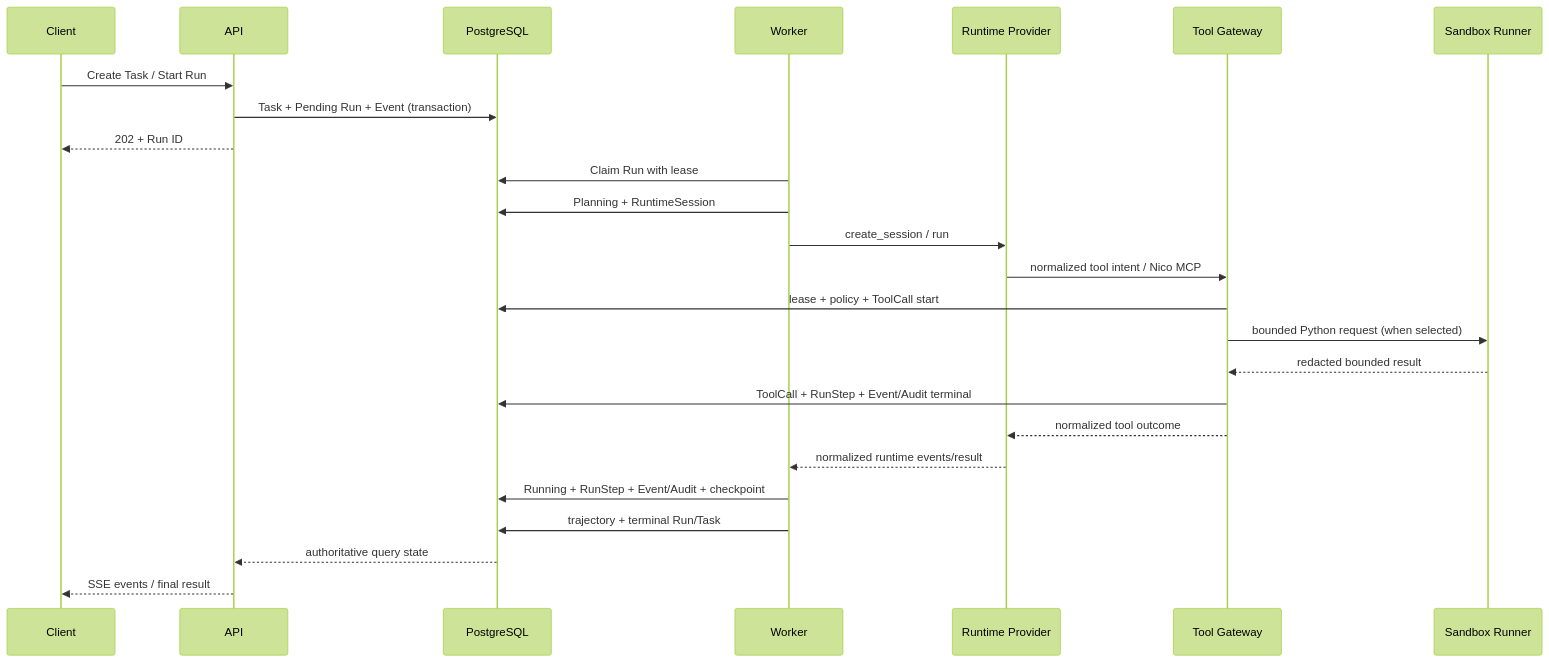
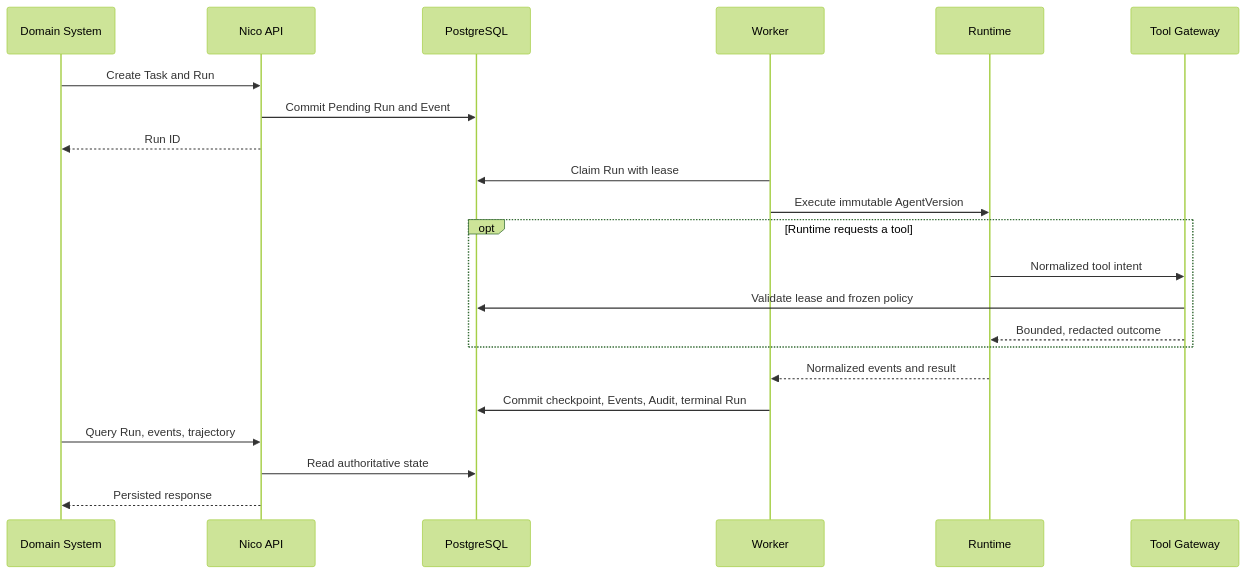
One commit to Phlosy/Nico-agent changed the second of 2 diagrams in docs/architecture.md. Above: the diagram before and after it, drawn with Mermaid (forest theme). The commit also changed other lines of this file and 817 other files, not shown here.

````diff
--- a/docs/architecture.md
+++ b/docs/architecture.md
@@ -80,28 +50,25 @@
 ```mermaid
 sequenceDiagram
-    participant C as Client
-    participant A as API
-    participant D as PostgreSQL
+    participant D as Domain System
+    participant A as Nico API
+    participant P as PostgreSQL
     participant W as Worker
-    participant R as Runtime Provider
+    participant R as Runtime
     participant G as Tool Gateway
-    participant S as Sandbox Runner
 
-    C->>A: Create Task / Start Run
-    A->>D: Task + Pending Run + Event (transaction)
-    A-->>C: 202 + Run ID
-    W->>D: Claim Run with lease
-    W->>D: Planning + RuntimeSession
-    W->>R: create_session / run
-    R->>G: normalized tool intent / Nico MCP
-    G->>D: lease + policy + ToolCall start
-    G->>S: bounded Python request (when selected)
-    S-->>G: redacted bounded result
-    G->>D: ToolCall + RunStep + Event/Audit terminal
-    G-->>R: normalized tool outcome
-    R-->>W: normalized runtime events/result
-    W->>D: Running + RunStep + Event/Audit + checkpoint
-    W->>D: trajectory + terminal Run/Task
-    D-->>A: authoritative query state
-    A-->>C: SSE events / final result
+    D->>A: Create Task and Run
+    A->>P: Commit Pending Run and Event
+    A-->>D: Run ID
+    W->>P: Claim Run with lease
+    W->>R: Execute immutable AgentVersion
+    opt Runtime requests a tool
+        R->>G: Normalized tool intent
+        G->>P: Validate lease and frozen policy
+        G-->>R: Bounded, redacted outcome
+    end
+    R-->>W: Normalized events and result
+    W->>P: Commit checkpoint, Events, Audit, terminal Run
+    D->>A: Query Run, events, trajectory
+    A->>P: Read authoritative state
+    A-->>D: Persisted response
 ```
````
